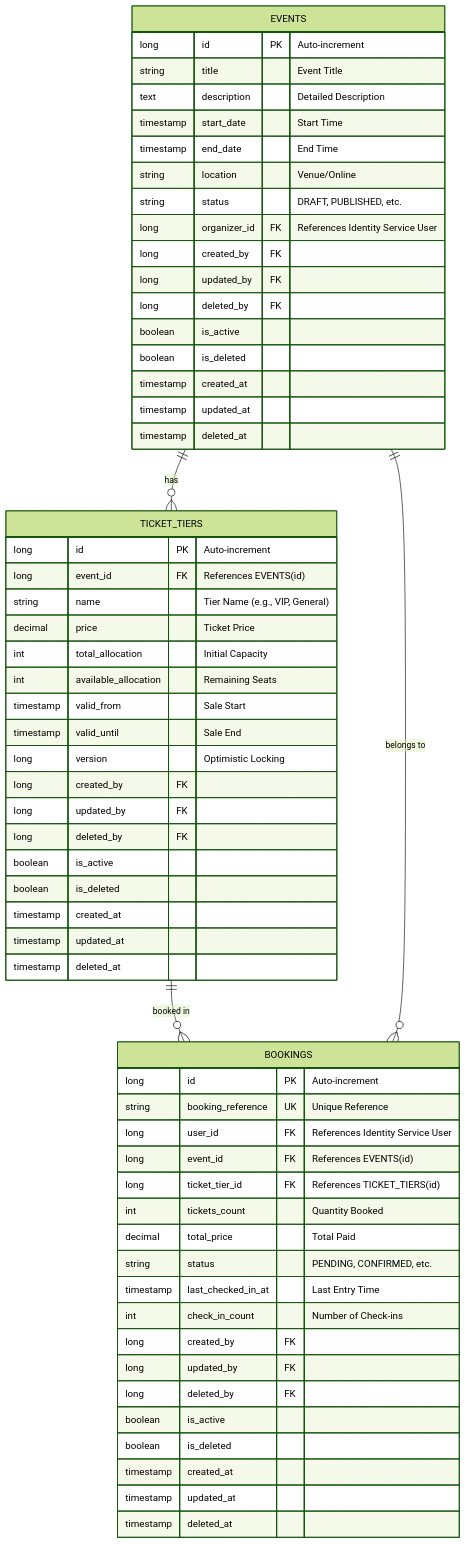
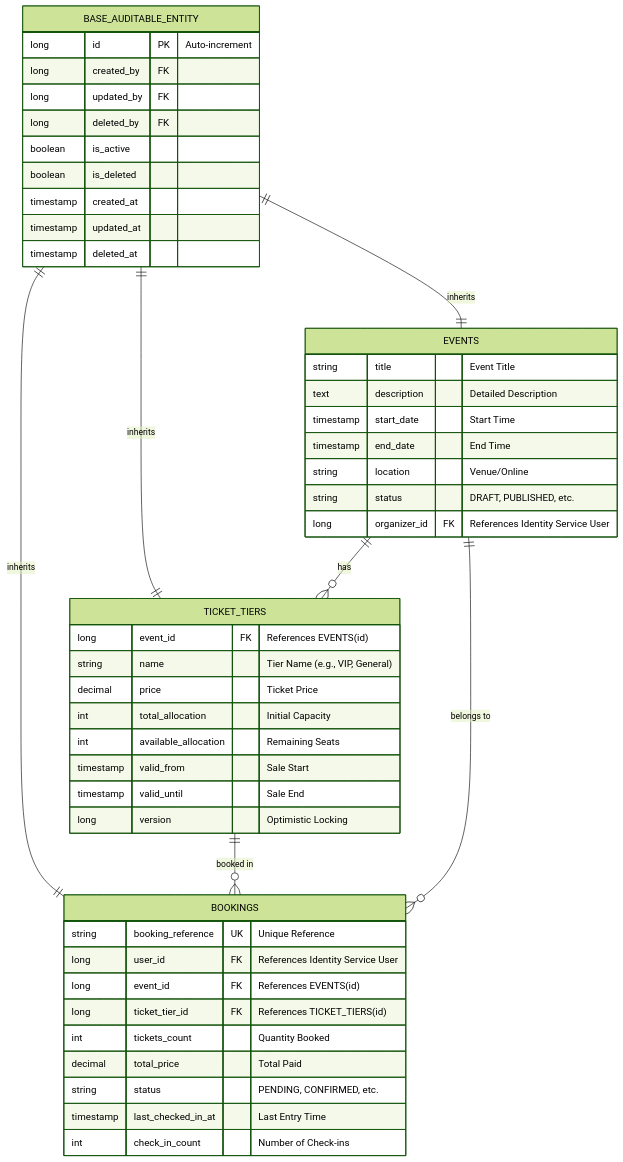
One commit to Naveen2070/EventHive changed the fourth of 5 diagrams in README.md. Above: the diagram before and after it, drawn with Mermaid (forest theme).

Commit message:
docs: update ERD to use common base entity pattern

````diff
--- a/README.md
+++ b/README.md
@@ -192,66 +192,55 @@
 ```mermaid
 erDiagram
+    BASE_AUDITABLE_ENTITY ||--|| EVENTS : "inherits"
+    BASE_AUDITABLE_ENTITY ||--|| TICKET_TIERS : "inherits"
+    BASE_AUDITABLE_ENTITY ||--|| BOOKINGS : "inherits"
+
     EVENTS ||--o{ TICKET_TIERS : "has"
     TICKET_TIERS ||--o{ BOOKINGS : "booked in"
     EVENTS ||--o{ BOOKINGS : "belongs to"
 
-    EVENTS {
+    BASE_AUDITABLE_ENTITY {
         long id PK "Auto-increment"
-        string title "Event Title"
-        text description "Detailed Description"
-        timestamp start_date "Start Time"
-        timestamp end_date "End Time"
-        string location "Venue/Online"
-        string status "DRAFT, PUBLISHED, etc."
-        long organizer_id FK "References Identity Service User"
         long created_by FK
         long updated_by FK
         long deleted_by FK
         boolean is_active
         boolean is_deleted
         timestamp created_at
         timestamp updated_at
         timestamp deleted_at
     }
 
+    EVENTS {
+        string title "Event Title"
+        text description "Detailed Description"
+        timestamp start_date "Start Time"
+        timestamp end_date "End Time"
+        string location "Venue/Online"
+        string status "DRAFT, PUBLISHED, etc."
+        long organizer_id FK "References Identity Service User"
+    }
+
     TICKET_TIERS {
-        long id PK "Auto-increment"
         long event_id FK "References EVENTS(id)"
         string name "Tier Name (e.g., VIP, General)"
         decimal price "Ticket Price"
         int total_allocation "Initial Capacity"
         int available_allocation "Remaining Seats"
         timestamp valid_from "Sale Start"
         timestamp valid_until "Sale End"
         long version "Optimistic Locking"
-        long created_by FK
-        long updated_by FK
-        long deleted_by FK
-        boolean is_active
-        boolean is_deleted
-        timestamp created_at
-        timestamp updated_at
-        timestamp deleted_at
     }
 
     BOOKINGS {
-        long id PK "Auto-increment"
         string booking_reference UK "Unique Reference"
         long user_id FK "References Identity Service User"
         long event_id FK "References EVENTS(id)"
         long ticket_tier_id FK "References TICKET_TIERS(id)"
         int tickets_count "Quantity Booked"
         decimal total_price "Total Paid"
         string status "PENDING, CONFIRMED, etc."
         timestamp last_checked_in_at "Last Entry Time"
         int check_in_count "Number of Check-ins"
-        long created_by FK
-        long updated_by FK
-        long deleted_by FK
-        boolean is_active
-        boolean is_deleted
-        timestamp created_at
-        timestamp updated_at
-        timestamp deleted_at
     }
 ```
````
